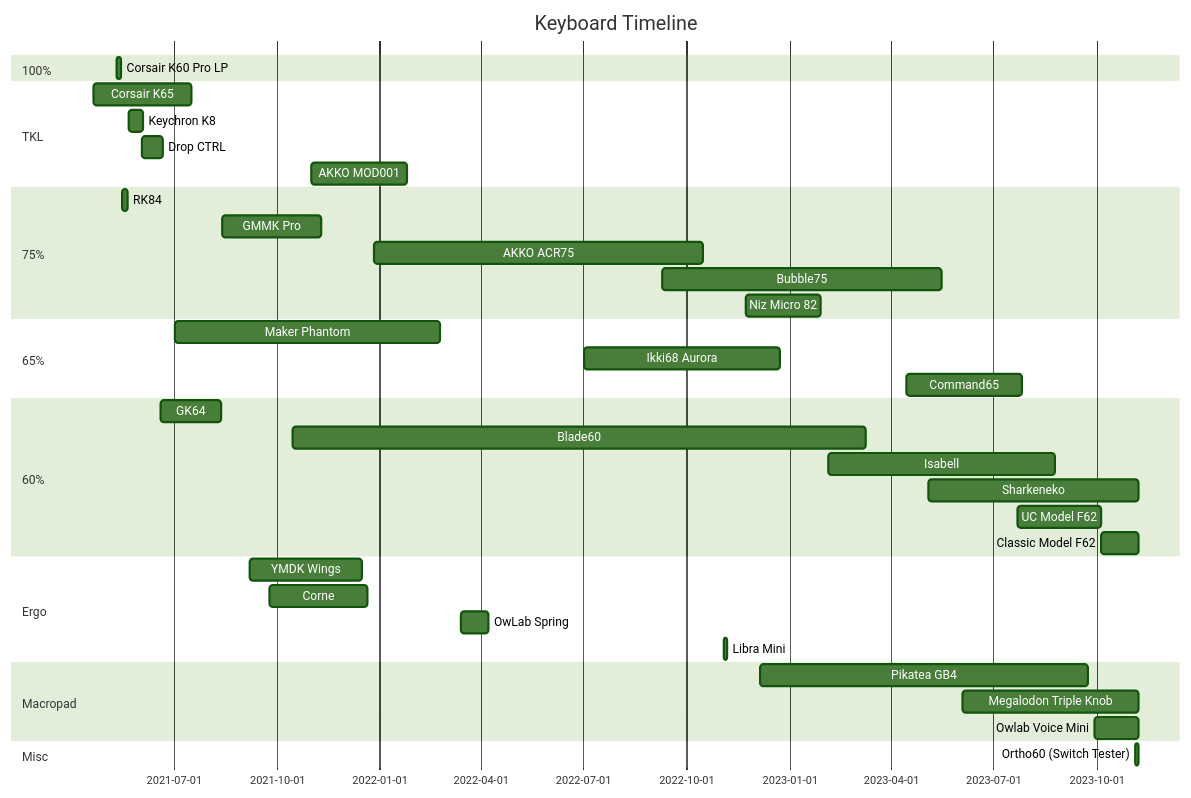
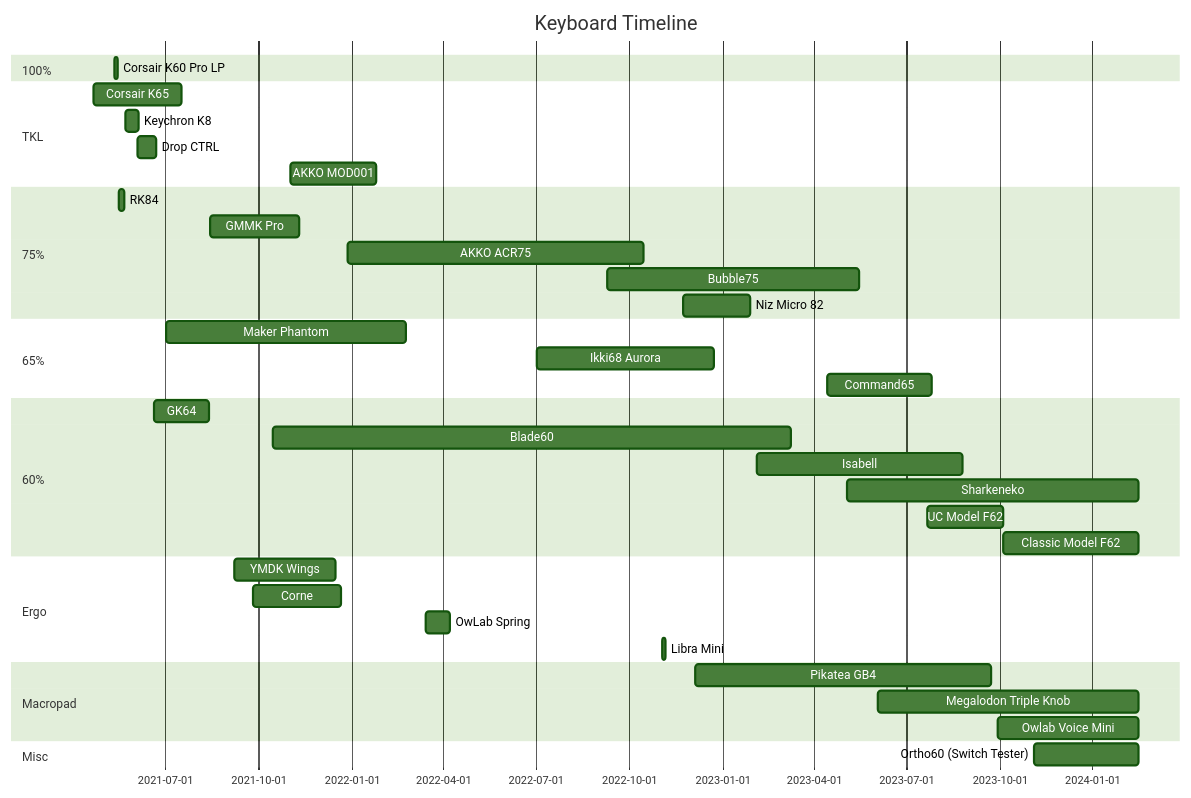
One commit to d-floe/quartzv4 changed the diagram in content/keyboard-index.md. Above: the diagram before and after it, drawn with Mermaid (forest theme).

Commit message:
vault backup: 2024-02-15 19:12:23

````diff
--- a/content/keyboard-index.md
+++ b/content/keyboard-index.md
@@ -6,50 +6,50 @@
 ```mermaid
 gantt
         title Keyboard Timeline
         dateFormat  MMMM Do YYYY
         todayMarker off
 
         section 100%
         Corsair K60 Pro LP:a2, May 12th 2021,May 15th 2021
 
         section TKL
         Corsair K65:a1, April 21st 2021,July 17th 2021
         Keychron K8:a4, May 22nd 2021,June 4th 2021
         Drop CTRL:a5, June 3rd 2021,June 22nd 2021
         AKKO MOD001:a12, November 1st 2021,January 25th 2022
 
         section 75%
         RK84:a3, May 16th 2021,May 21st 2021
         GMMK Pro:a8, August 14th 2021,November 10th 2021
 
         AKKO ACR75:a13, December 27th 2021,October 15th 2022
         Bubble75:a16, September 9th 2022,May 16th 2023
         Niz Micro 82:a18, November 23rd 2022,January 28th 2023
 
         section 65%
         Maker Phantom:a7, July 2nd 2021,February 23rd 2022
         Ikki68 Aurora:a15, July 2nd 2022,December 23rd 2022
         Command65:a20, April 14 2023,July 26th 2023
 
         section 60%
         GK64:a6, June 20th 2021,August 13th 2021
         Blade60:a11, October 15th 2021,March 9th 2023
         Isabell:a19, February 4th 2023,August 25th 2023
-        Sharkeneko:a21, May 4th 2023,November 7th 2023
+        Sharkeneko:a21, May 4th 2023,February 15th 2024
         UC Model F62:a22, July 22nd 2023,October 5th 2023
-        Classic Model F62:a22, October 5th 2023,November 7th 2023
+        Classic Model F62:a22, October 5th 2023,February 15th 2024
 
 		section Ergo
         YMDK Wings:a9, September 7th 2021,December 16th 2021
 		Corne:a10, September 25th 2021,December 21st 2021
 		OwLab Spring:a14, March 14th 2022,April 7th 2022
 		Libra Mini:a17, November 3rd 2022,November 6th 2022
 
 		section Macropad
 		Pikatea GB4:apk, December 5th 2022,September 23rd 2023
-		Megalodon Triple Knob:atk, June 3rd 2023,November 7th 2023
-		Owlab Voice Mini:avm, September 29th 2023,November 7th 2023
+		Megalodon Triple Knob:atk, June 3rd 2023,February 15th 2024
+		Owlab Voice Mini:avm, September 29th 2023,February 15th 2024
 
 		section Misc
-		Ortho60 (Switch Tester):ost, November 4th 2023,November 7th 2023
+		Ortho60 (Switch Tester):ost, November 4th 2023,February 15th 2024
 ```
````
